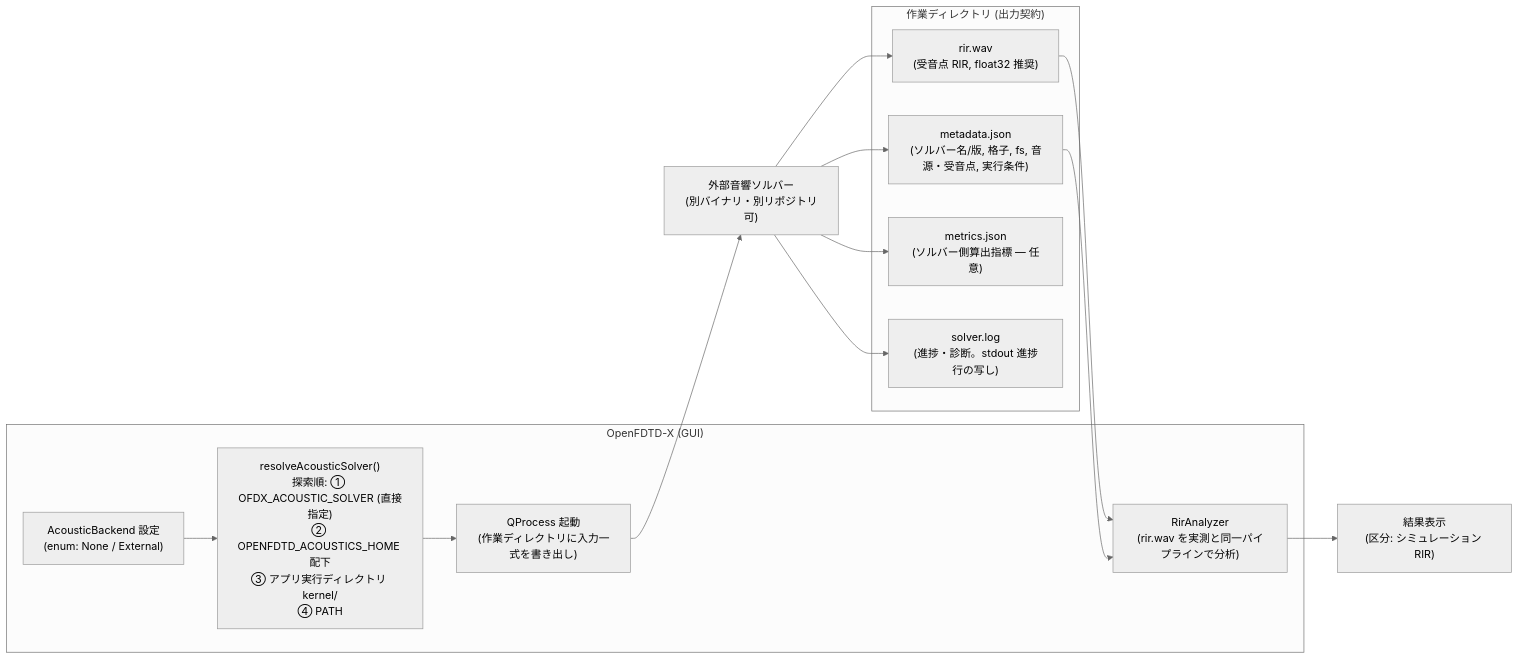
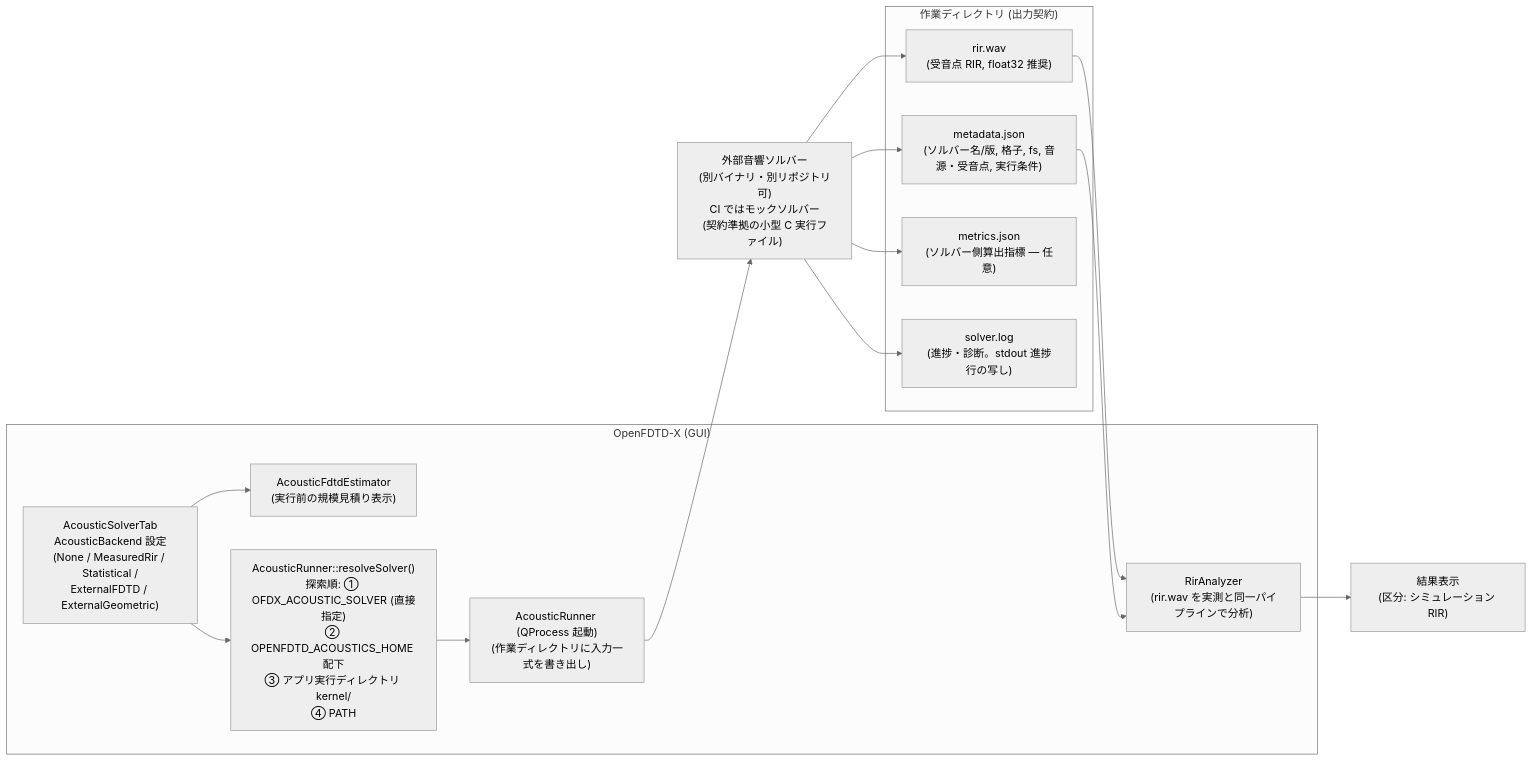
Before and after one commit to Sirokujira/OpenFDTD-X: the fifth of 5 diagrams in docs/opera-acoustics-architecture.md, drawn with Mermaid (neutral theme). The commit also changed other lines of this file and 19 other files, not shown here.

````diff
--- a/docs/opera-acoustics-architecture.md
+++ b/docs/opera-acoustics-architecture.md
@@ -175,22 +252,24 @@
 ```mermaid
 flowchart LR
     subgraph APP["OpenFDTD-X (GUI)"]
-        CFG["AcousticBackend 設定<br/>(enum: None / External)"]
-        RES["resolveAcousticSolver()<br/>探索順: ① OFDX_ACOUSTIC_SOLVER (直接指定)<br/>② OPENFDTD_ACOUSTICS_HOME 配下<br/>③ アプリ実行ディレクトリ kernel/<br/>④ PATH"]
-        QP["QProcess 起動<br/>(作業ディレクトリに入力一式を書き出し)"]
+        CFG["AcousticSolverTab<br/>AcousticBackend 設定<br/>(None / MeasuredRir / Statistical /<br/>ExternalFDTD / ExternalGeometric)"]
+        EST2["AcousticFdtdEstimator<br/>(実行前の規模見積り表示)"]
+        RES["AcousticRunner::resolveSolver()<br/>探索順: ① OFDX_ACOUSTIC_SOLVER (直接指定)<br/>② OPENFDTD_ACOUSTICS_HOME 配下<br/>③ アプリ実行ディレクトリ kernel/<br/>④ PATH"]
+        QP["AcousticRunner (QProcess 起動)<br/>(作業ディレクトリに入力一式を書き出し)"]
         AN["RirAnalyzer<br/>(rir.wav を実測と同一パイプラインで分析)"]
     end
     subgraph WD["作業ディレクトリ (出力契約)"]
         MJ["metadata.json<br/>(ソルバー名/版, 格子, fs, 音源・受音点, 実行条件)"]
         RW["rir.wav<br/>(受音点 RIR, float32 推奨)"]
         MX["metrics.json<br/>(ソルバー側算出指標 — 任意)"]
         LG["solver.log<br/>(進捗・診断。stdout 進捗行の写し)"]
     end
-    SOLVER["外部音響ソルバー<br/>(別バイナリ・別リポジトリ可)"]
+    SOLVER["外部音響ソルバー<br/>(別バイナリ・別リポジトリ可)<br/>CI ではモックソルバー<br/>(契約準拠の小型 C 実行ファイル)"]
 
+    CFG --> EST2
     CFG --> RES --> QP --> SOLVER
     SOLVER --> MJ & RW & MX & LG
     RW --> AN
     MJ --> AN
     AN --> GUI2["結果表示<br/>(区分: シミュレーション RIR)"]
 ```
````
